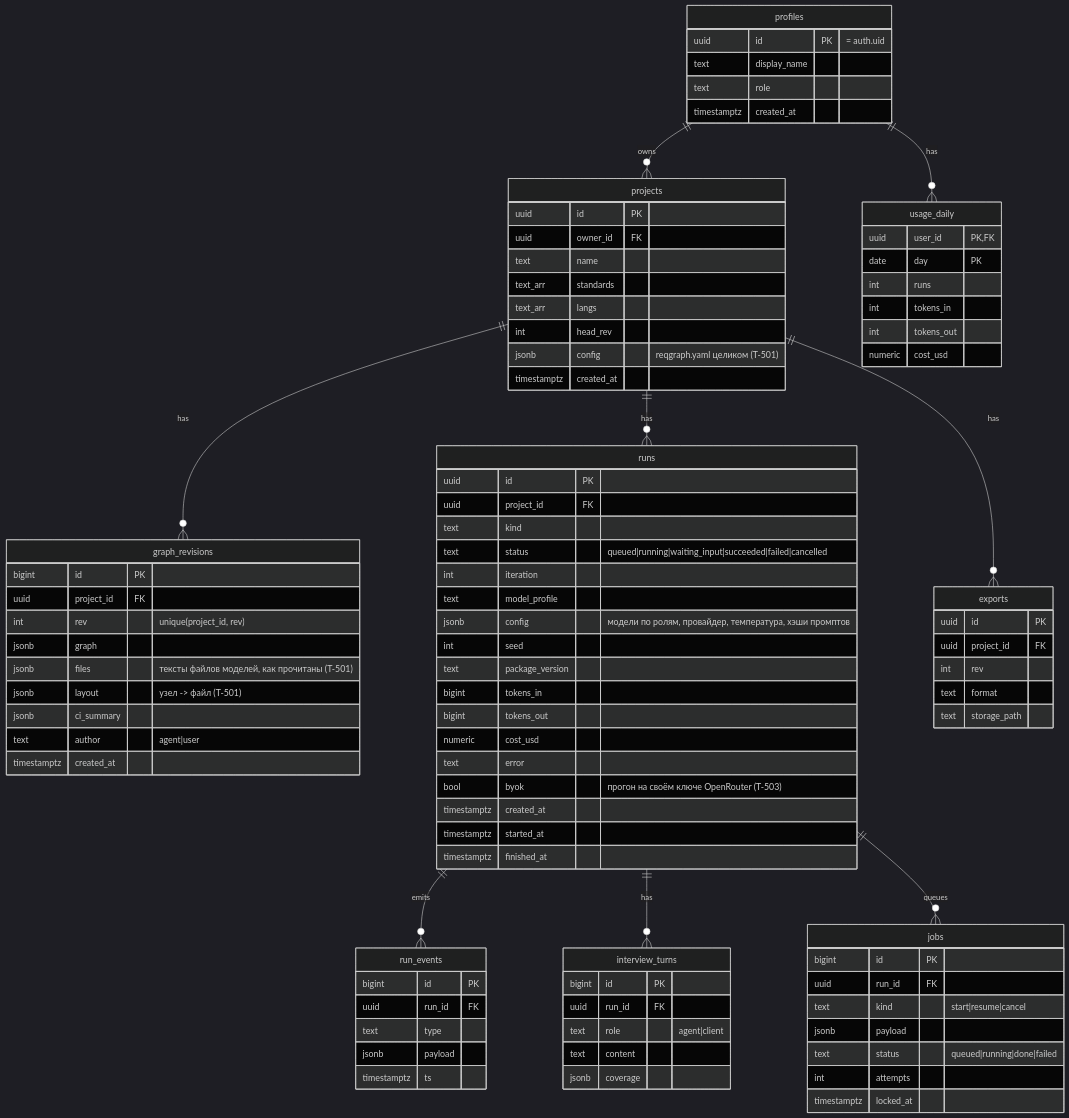
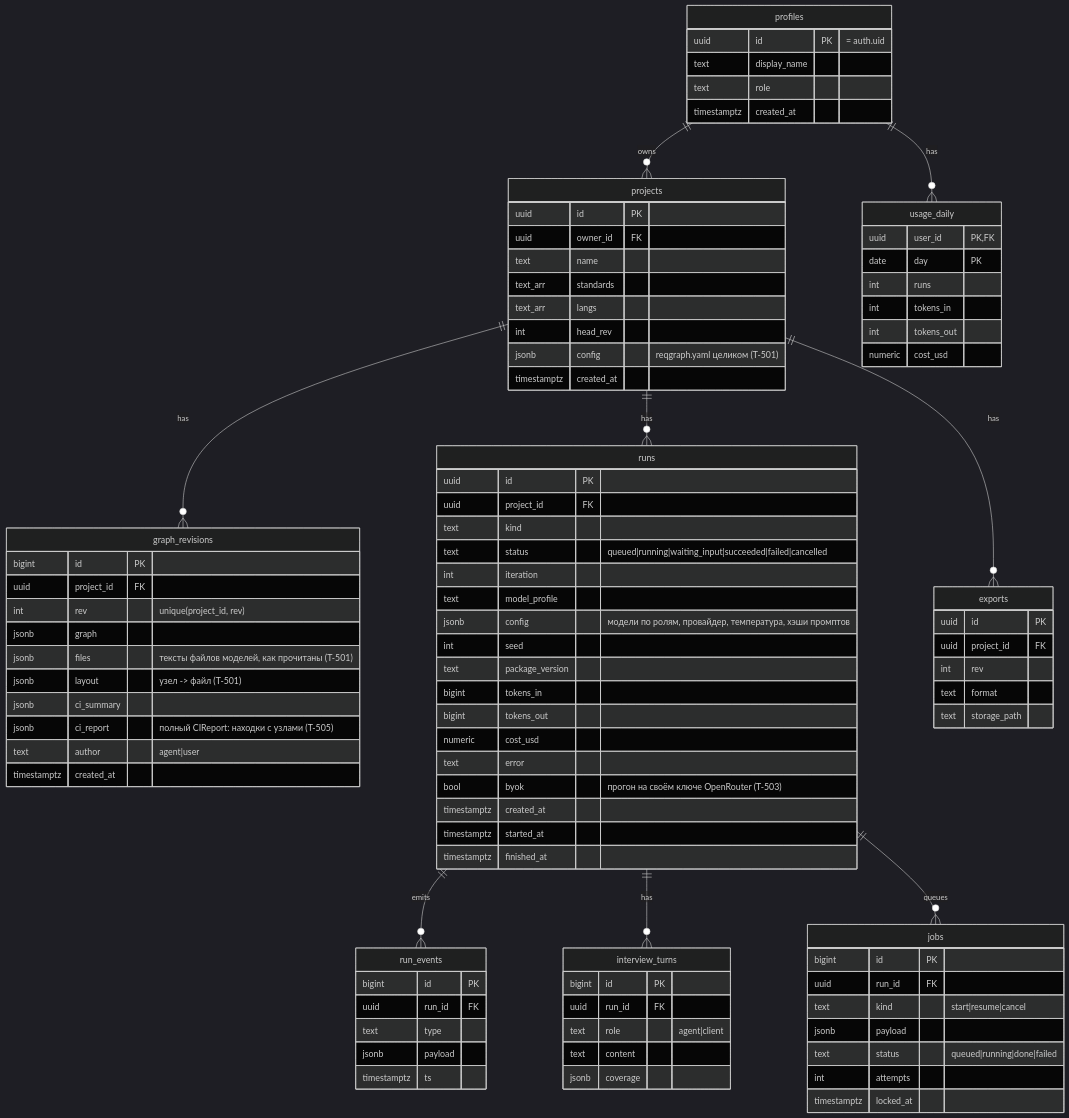
The second of 2 diagrams in docs/tech-design/04_data.md (Axx-Axvd/reqgraph), drawn with Mermaid (dark theme) before and after one commit. The commit also changed other lines of this file and 6 other files, not shown here.

```diff
--- a/docs/tech-design/04_data.md
+++ b/docs/tech-design/04_data.md
@@ -203,6 +203,7 @@
     jsonb files "тексты файлов моделей, как прочитаны (T-501)"
     jsonb layout "узел -> файл (T-501)"
     jsonb ci_summary
+    jsonb ci_report "полный CIReport: находки с узлами (T-505)"
     text author "agent|user"
     timestamptz created_at
   }
```
